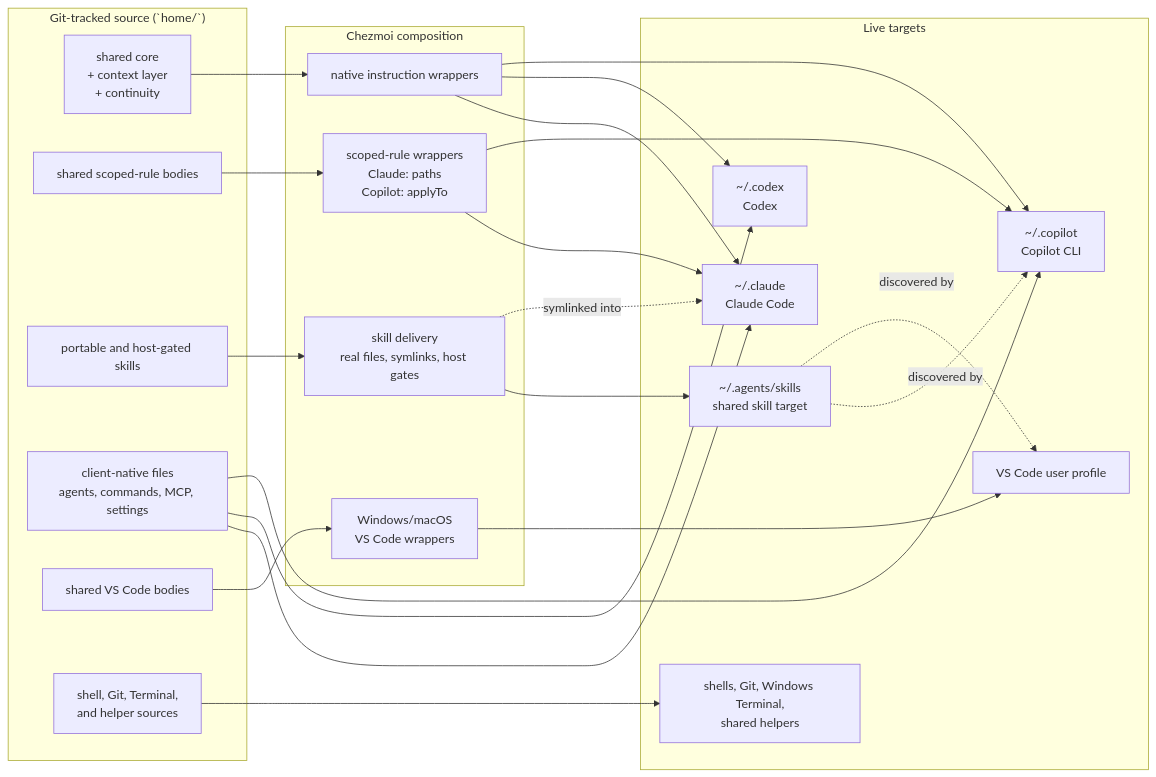
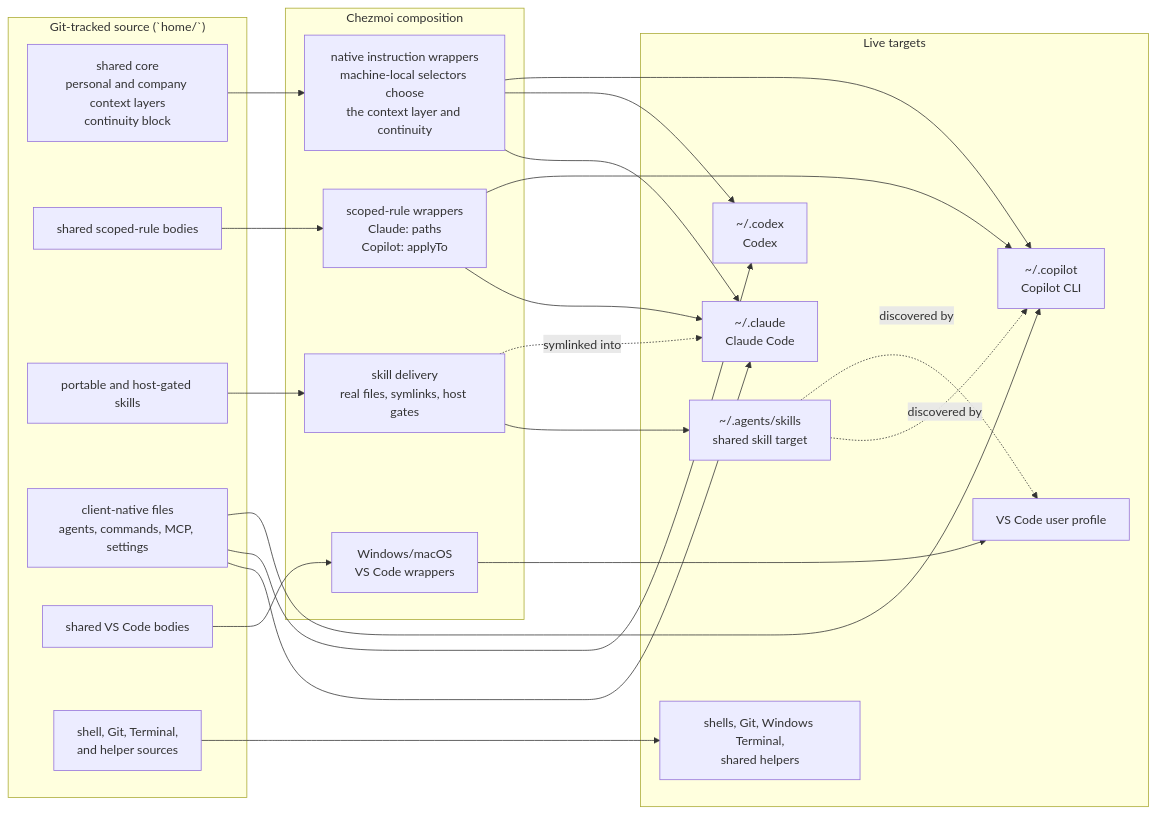
One commit to sherrilla71940/dotfiles changed the first of 3 diagrams in README.md. Above: the diagram before and after it, drawn with Mermaid. The commit also changed 1 other file, not shown here.

Commit message:
docs(readme): put profile selection in the composition box, not the source
The architecture diagram's source node read "shared core + context layer +
continuity". The plus signs implied unconditional concatenation, which
contradicted the composition line and the shared-content table: the context
layer is personal OR company, and continuity.md renders to nothing when
ai_continuity is off.

Conditionality belongs to composition, not to the source tree. The source node
now lists what is on disk -- both context layers and the continuity block --
and the instruction-wrapper node says the machine-local selectors choose
between them.

````diff
--- a/README.md
+++ b/README.md
@@ -125,50 +125,50 @@
 ```mermaid
 flowchart LR
     subgraph source["Git-tracked source (`home/`)"]
-        core["shared core<br/>+ context layer<br/>+ continuity"]
+        core["shared core<br/>personal and company context layers<br/>continuity block"]
         rules["shared scoped-rule bodies"]
         skills["portable and host-gated skills"]
         native["client-native files<br/>agents, commands, MCP, settings"]
         vscodeBody["shared VS Code bodies"]
         platform["shell, Git, Terminal,<br/>and helper sources"]
     end
 
     subgraph render["Chezmoi composition"]
-        instructionAdapters["native instruction wrappers"]
+        instructionAdapters["native instruction wrappers<br/>machine-local selectors choose<br/>the context layer and continuity"]
         ruleAdapters["scoped-rule wrappers<br/>Claude: paths<br/>Copilot: applyTo"]
         skillDelivery["skill delivery<br/>real files, symlinks, host gates"]
         osAdapters["Windows/macOS<br/>VS Code wrappers"]
     end
 
     subgraph targets["Live targets"]
         claude["~/.claude<br/>Claude Code"]
         codex["~/.codex<br/>Codex"]
         copilot["~/.copilot<br/>Copilot CLI"]
         agents["~/.agents/skills<br/>shared skill target"]
         vscode["VS Code user profile"]
         other["shells, Git, Windows Terminal,<br/>shared helpers"]
     end
 
     core --> instructionAdapters
     instructionAdapters --> claude
     instructionAdapters --> codex
     instructionAdapters --> copilot
 
     rules --> ruleAdapters
     ruleAdapters --> claude
     ruleAdapters --> copilot
 
     skills --> skillDelivery
     skillDelivery --> agents
     skillDelivery -.->|"symlinked into"| claude
 
     native --> claude
     native --> codex
     native --> copilot
 
     vscodeBody --> osAdapters --> vscode
     platform --> other
 
     agents -.->|"discovered by"| copilot
     agents -.->|"discovered by"| vscode
 ```
````
